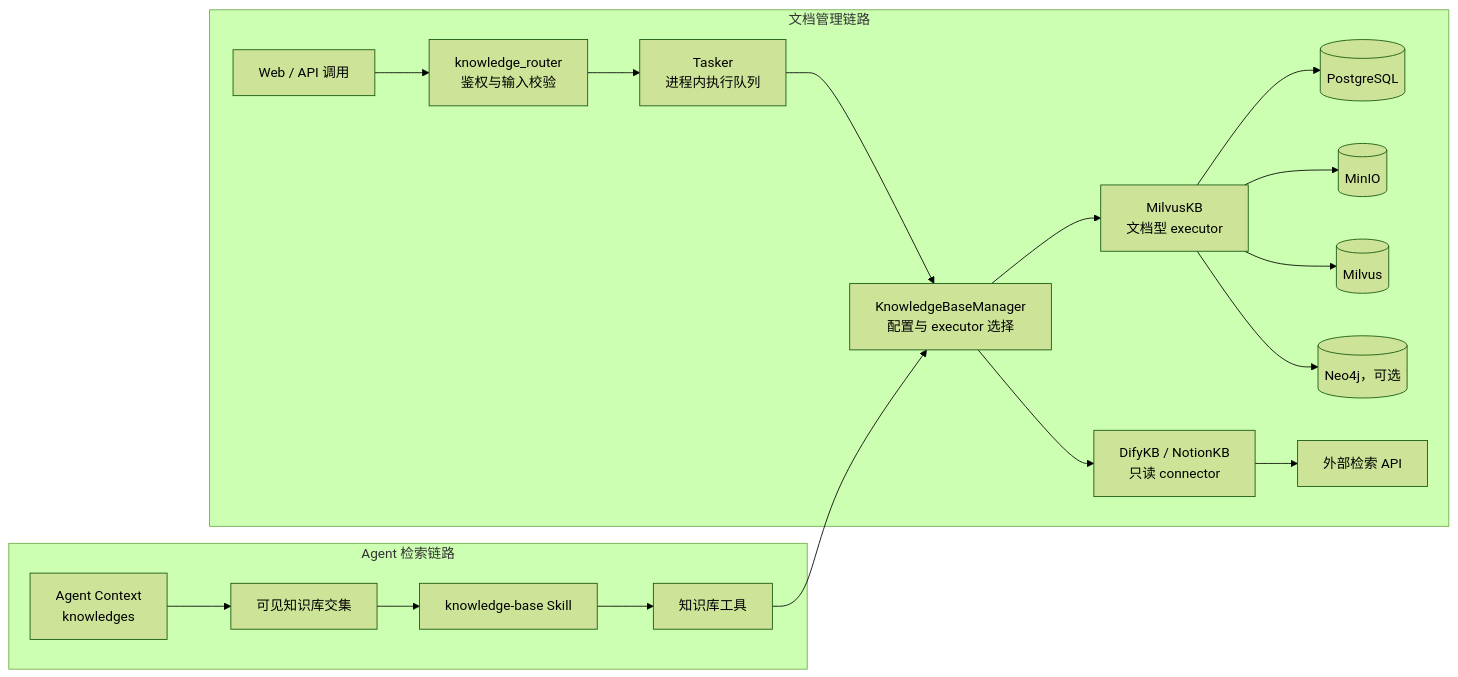
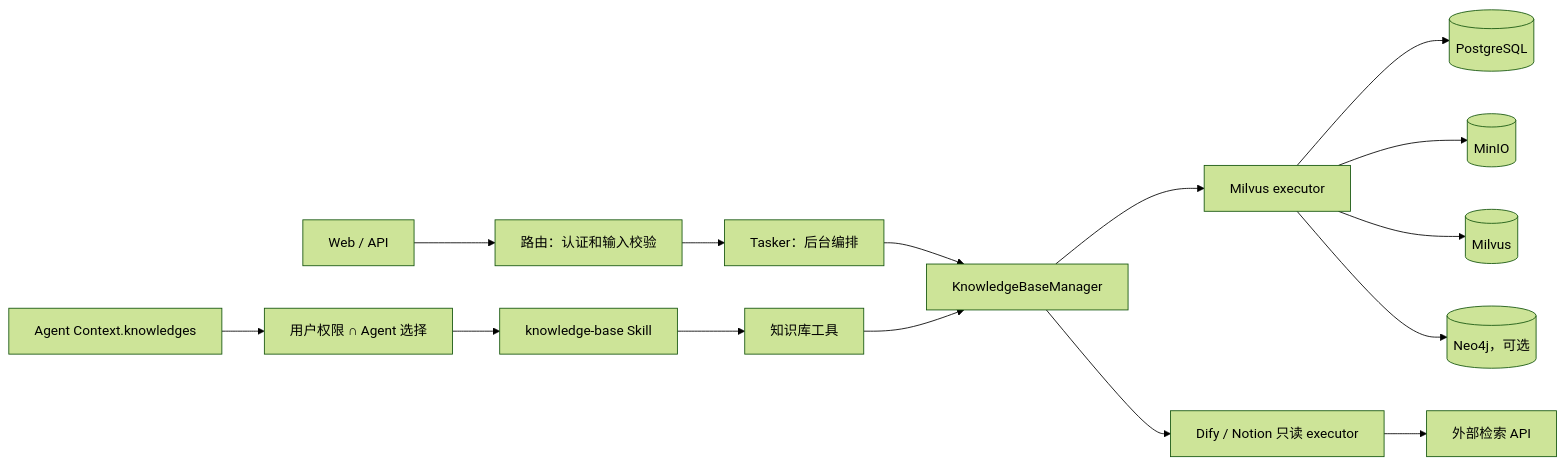
The first of 2 diagrams in docs/mechanisms/knowledge-base.md (Mr-H-00/ZS-Hermes), drawn with Mermaid (forest theme) before and after one commit. The commit also changed other lines of this file and 59 other files, not shown here.

````diff
--- a/docs/mechanisms/knowledge-base.md
+++ b/docs/mechanisms/knowledge-base.md
@@ -18,21 +18,18 @@
 ```mermaid
 flowchart LR
-    subgraph Manage["文档管理链路"]
-        UI["Web / API 调用"] --> Route["knowledge_router\n鉴权与输入校验"]
-        Route --> Tasker["Tasker\n进程内执行队列"]
-        Tasker --> Manager["KnowledgeBaseManager\n配置与 executor 选择"]
-        Manager --> MilvusKB["MilvusKB\n文档型 executor"]
-        Manager --> Connector["DifyKB / NotionKB\n只读 connector"]
-        MilvusKB --> PG[("PostgreSQL")]
-        MilvusKB --> Object[("MinIO")]
-        MilvusKB --> Vector[("Milvus")]
-        MilvusKB --> Graph[("Neo4j，可选")]
-        Connector --> External["外部检索 API"]
-    end
-    subgraph Agent["Agent 检索链路"]
-        Context["Agent Context\nknowledges"] --> Visible["可见知识库交集"]
-        Visible --> Skill["knowledge-base Skill"]
-        Skill --> Tools["知识库工具"]
-        Tools --> Manager
-    end
+    UI["Web / API"] --> Router["路由：认证和输入校验"]
+    Router --> Tasker["Tasker：后台编排"]
+    Tasker --> Manager["KnowledgeBaseManager"]
+    Manager --> MilvusKB["Milvus executor"]
+    Manager --> Connector["Dify / Notion 只读 executor"]
+    MilvusKB --> PG[("PostgreSQL")]
+    MilvusKB --> Object[("MinIO")]
+    MilvusKB --> Vector[("Milvus")]
+    MilvusKB --> Graph[("Neo4j，可选")]
+    Connector --> External["外部检索 API"]
+
+    Context["Agent Context.knowledges"] --> Visible["用户权限 ∩ Agent 选择"]
+    Visible --> Skill["knowledge-base Skill"]
+    Skill --> Tools["知识库工具"]
+    Tools --> Manager
 ```
````
